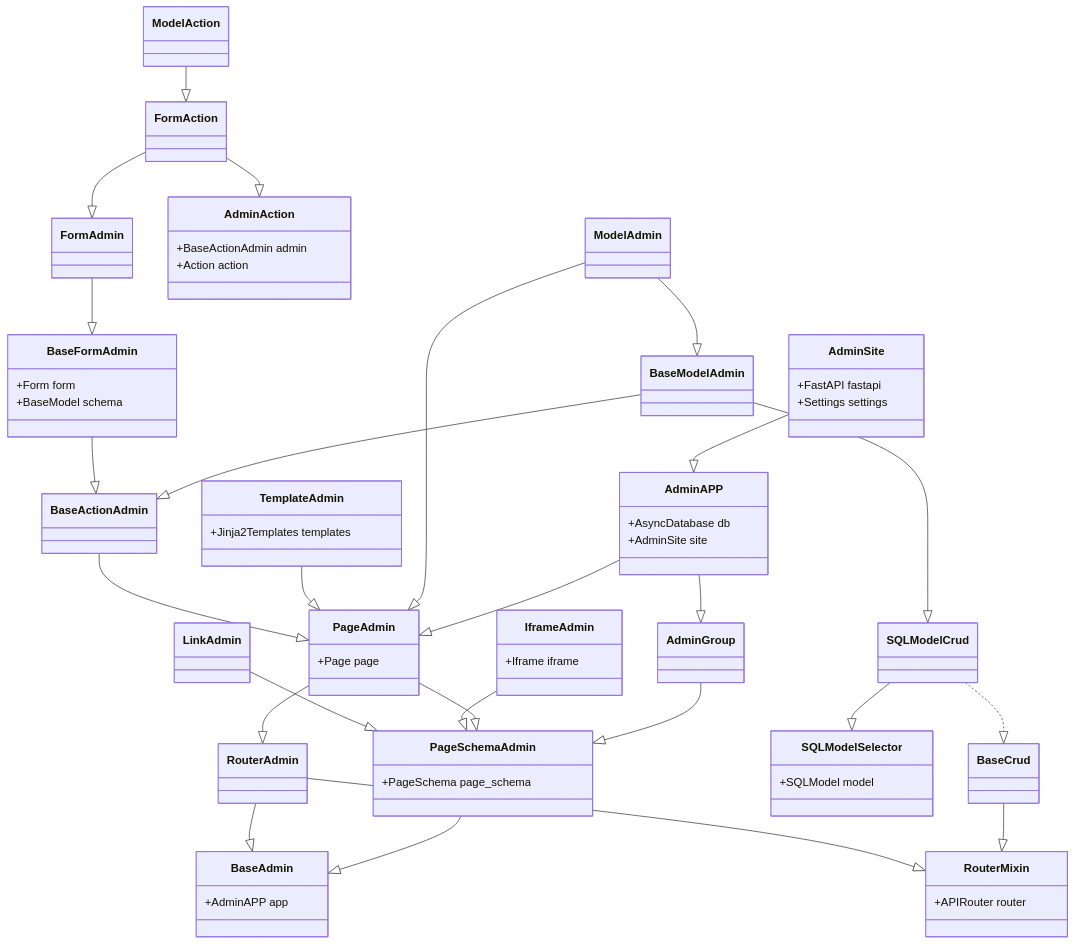
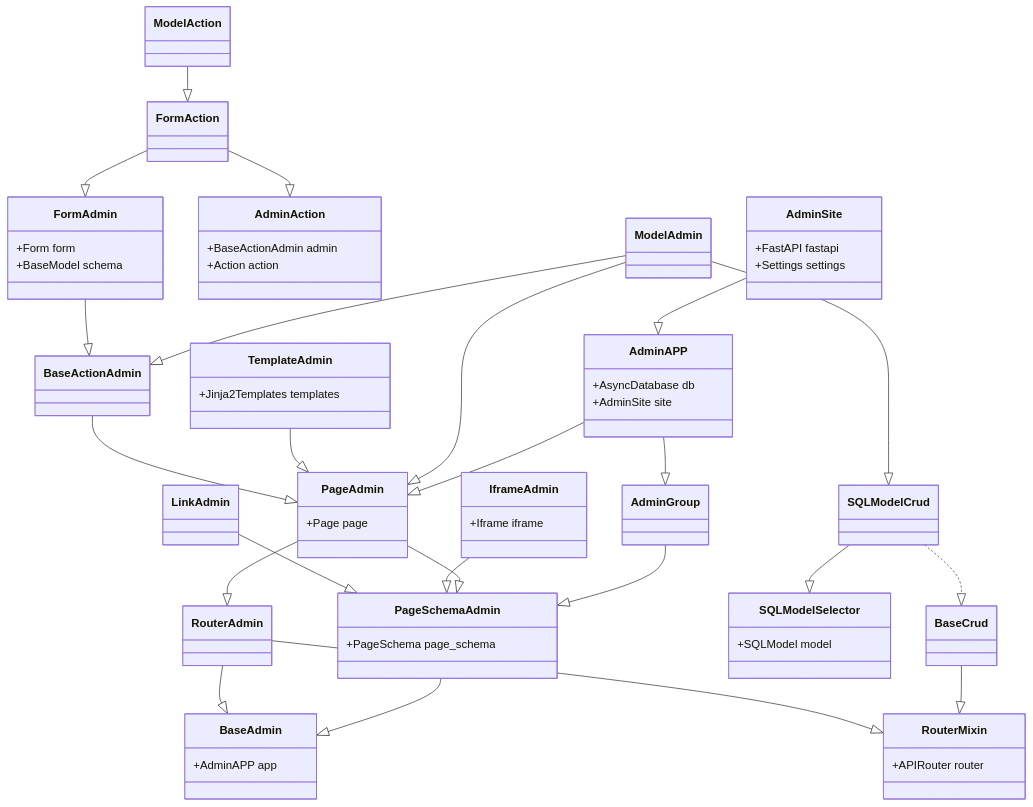
One commit to amisadmin/fastapi-amis-admin changed the first of 2 diagrams in docs/zh/docs/amis_admin/BaseAdmin.md. Above: the diagram before and after it, drawn with Mermaid. The commit also changed other lines of this file and 1 other file, not shown here.

Commit message:
docs: Updated Admin class diagram.

````diff
--- a/docs/zh/docs/amis_admin/BaseAdmin.md
+++ b/docs/zh/docs/amis_admin/BaseAdmin.md
@@ -28,61 +28,58 @@
 ``` mermaid
 classDiagram
 	%% admin
     class RouterMixin
     RouterMixin: +APIRouter router
     RouterAdmin --|> RouterMixin
     class BaseAdmin
     BaseAdmin: +AdminAPP app
     RouterAdmin --|> BaseAdmin
     PageSchemaAdmin --|> BaseAdmin
     PageSchemaAdmin: +PageSchema page_schema
     
     LinkAdmin --|> PageSchemaAdmin
     IframeAdmin --|> PageSchemaAdmin
     IframeAdmin: +Iframe iframe
     
     PageAdmin --|> PageSchemaAdmin
     PageAdmin --|> RouterAdmin
     PageAdmin: +Page page
     
     BaseActionAdmin --|> PageAdmin
-    BaseFormAdmin --|> BaseActionAdmin
-    BaseFormAdmin: +Form form
-    BaseFormAdmin: +BaseModel schema
-    
-    FormAdmin --|> BaseFormAdmin
+    FormAdmin --|> BaseActionAdmin
+    FormAdmin: +Form form
+    FormAdmin: +BaseModel schema
     
     TemplateAdmin --|> PageAdmin
     TemplateAdmin: +Jinja2Templates templates
     
     %% model
     FormAction --|> AdminAction
     FormAction --|> FormAdmin
     ModelAction --|> FormAction
     AdminAction: +BaseActionAdmin admin
     AdminAction: +Action action
     
     class SQLModelSelector
     SQLModelSelector: +SQLModel model
     BaseCrud --|> RouterMixin
     SQLModelCrud ..|> BaseCrud
     SQLModelCrud --|> SQLModelSelector
     
-    BaseModelAdmin --|> BaseActionAdmin
-    BaseModelAdmin --|> SQLModelCrud
-    ModelAdmin --|> BaseModelAdmin
+    ModelAdmin --|> BaseActionAdmin
+    ModelAdmin --|> SQLModelCrud
 	ModelAdmin --|> PageAdmin
 	
 	%% group,app,site
 	AdminGroup --|> PageSchemaAdmin
 	
     AdminAPP --|> AdminGroup
     AdminAPP --|> PageAdmin
     AdminAPP: +AsyncDatabase db
     AdminAPP: +AdminSite site
     
     AdminSite --|> AdminAPP
     AdminSite: +FastAPI fastapi
     AdminSite: +Settings settings
     
 ```
````
